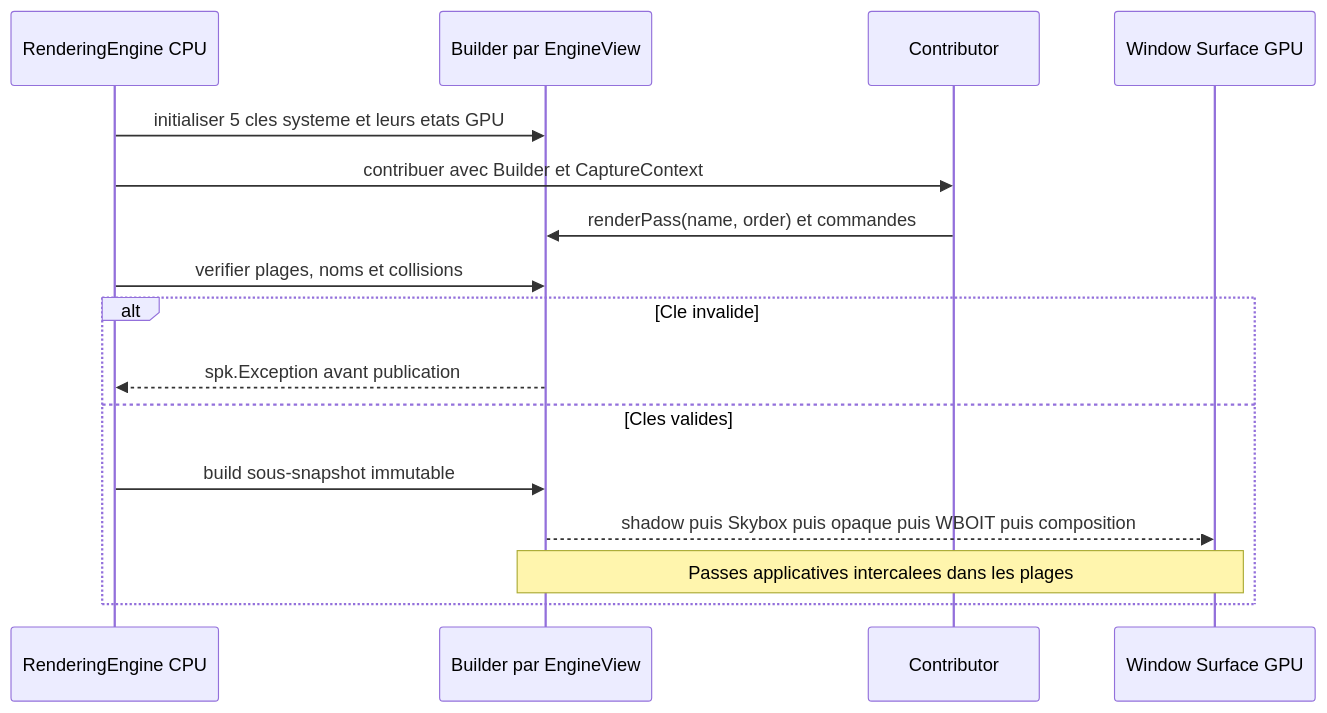
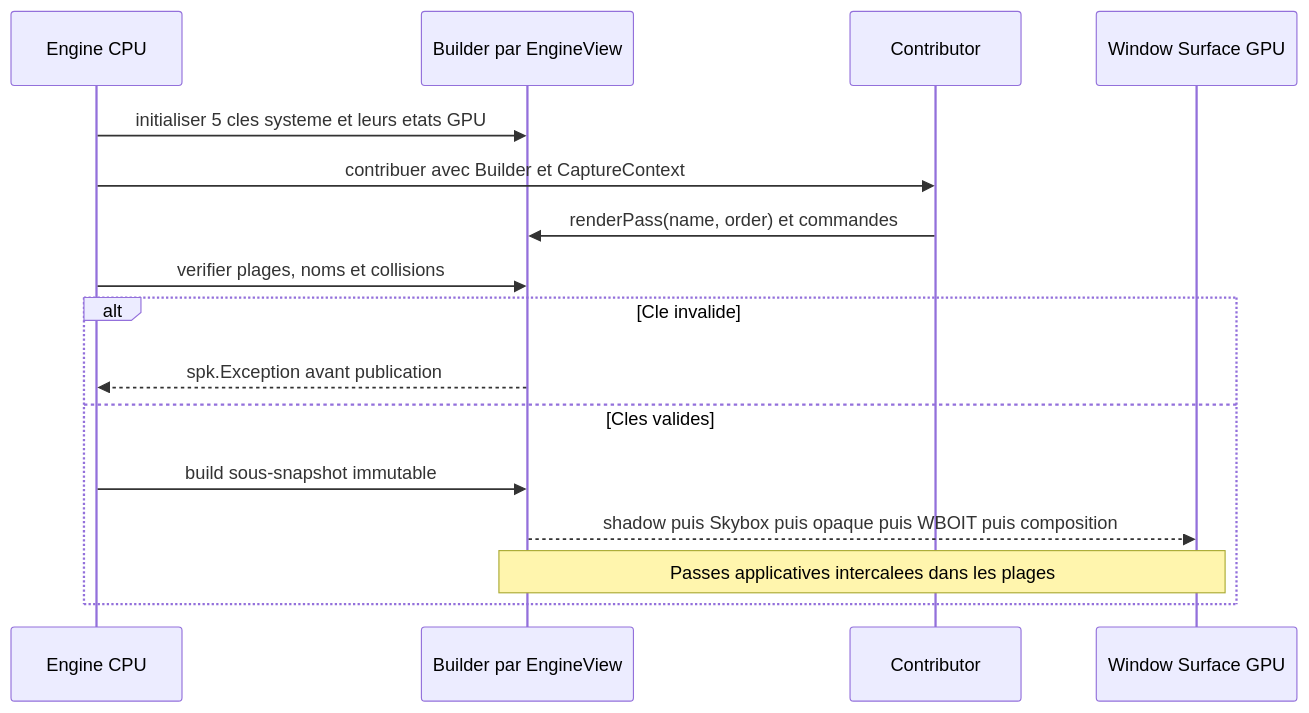
One commit to EreliaStudio/Sparkle changed the second of 7 diagrams in docs/voxel-engine-v0.1.4/09-pipeline-gpu-transparence.md. Above: the diagram before and after it, drawn with Mermaid. The commit also changed other lines of this file and 46 other files, not shown here.

````diff
--- a/docs/voxel-engine-v0.1.4/09-pipeline-gpu-transparence.md
+++ b/docs/voxel-engine-v0.1.4/09-pipeline-gpu-transparence.md
@@ -69,18 +69,18 @@
 ```mermaid
 sequenceDiagram
-  participant E as RenderingEngine CPU
+  participant E as Engine CPU
   participant V as Builder par EngineView
   participant C as Contributor
   participant G as Window Surface GPU
   E->>V: initialiser 5 cles systeme et leurs etats GPU
   E->>C: contribuer avec Builder et CaptureContext
   C->>V: renderPass(name, order) et commandes
   E->>V: verifier plages, noms et collisions
   alt Cle invalide
     V-->>E: spk.Exception avant publication
   else Cles valides
     E->>V: build sous-snapshot immutable
     V-->>G: shadow puis Skybox puis opaque puis WBOIT puis composition
     Note over V,G: Passes applicatives intercalees dans les plages
   end
 ```
````
